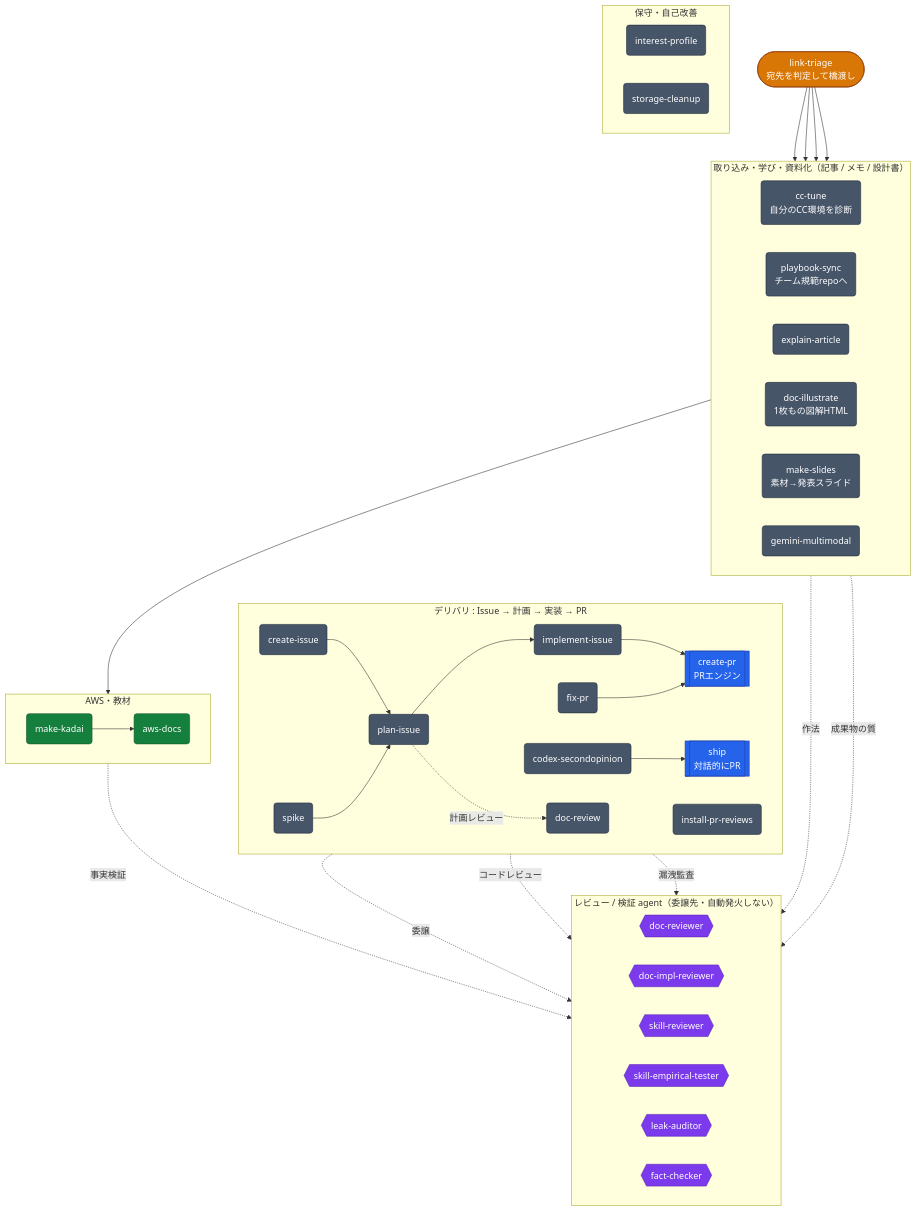
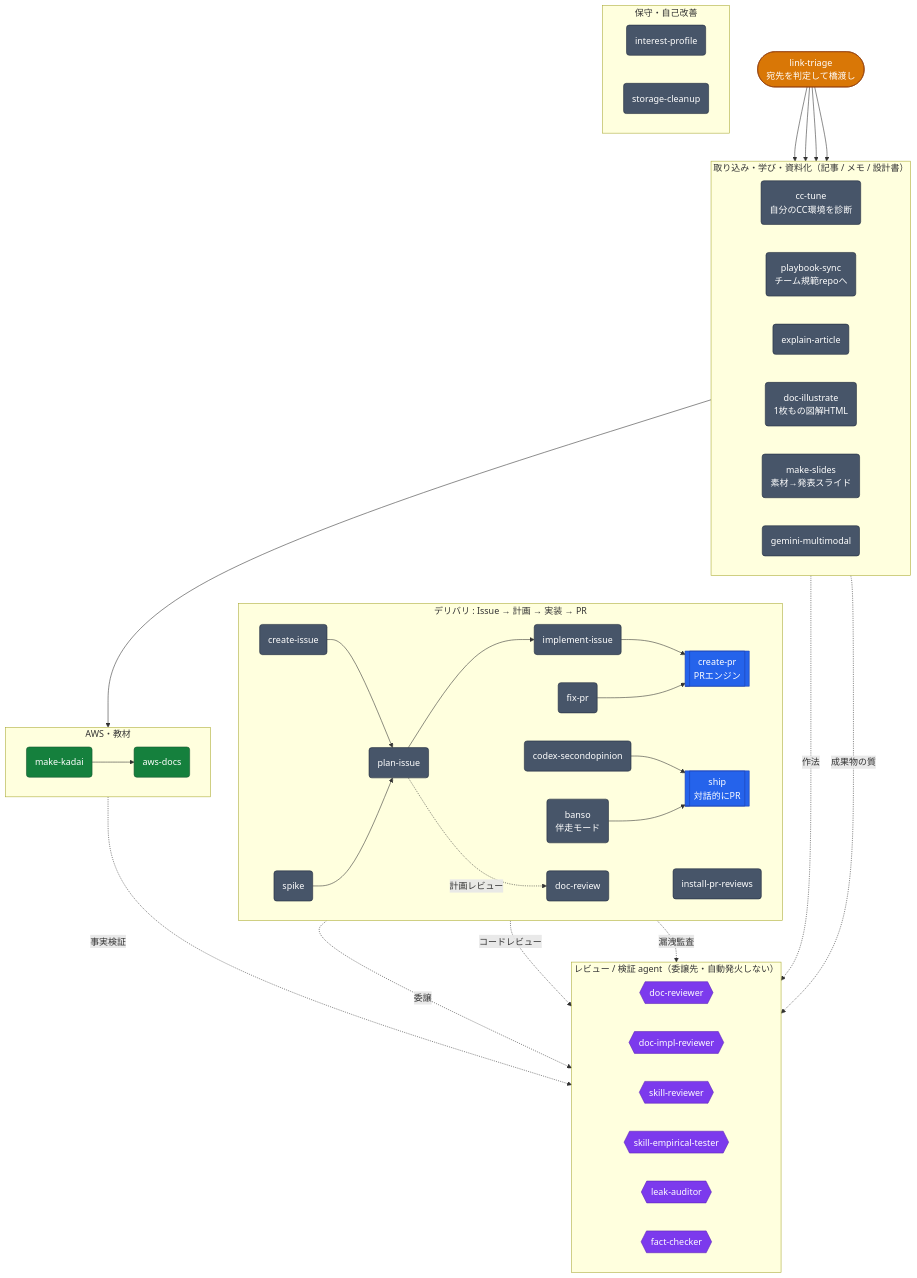
Before and after one commit to issei-base/claude-forge: the diagram in README.md, drawn with Mermaid. The commit also changed other lines of this file and 1 other file, not shown here.

```diff
--- a/README.md
+++ b/README.md
@@ -174,6 +175,7 @@
         IPR("install-pr-reviews"):::skill
         CPR[["create-pr<br/>PRエンジン"]]:::engine
         SHIP[["ship<br/>対話的にPR"]]:::engine
+        BAN("banso<br/>伴走モード"):::skill
     end
 
     %% ── AWS・教材 ──
@@ -210,6 +212,7 @@
     PLI --> IMP --> CPR
     FPR --> CPR
     COD --> SHIP
+    BAN --> SHIP
 
     %% AWS
     MKD --> AWD
```
